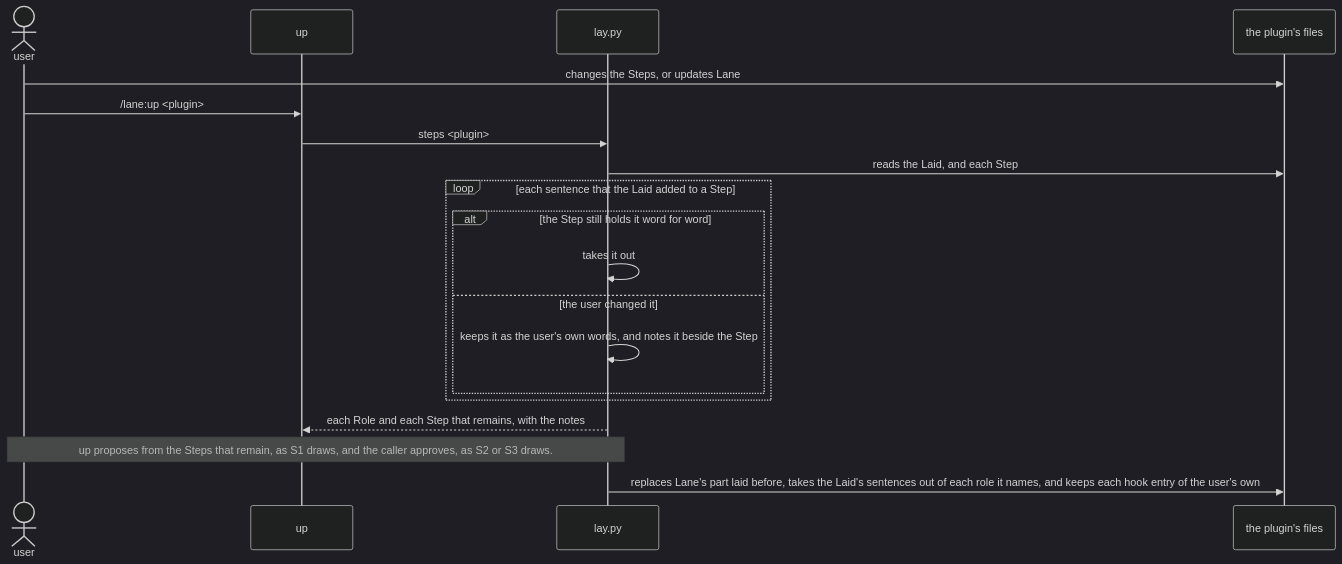
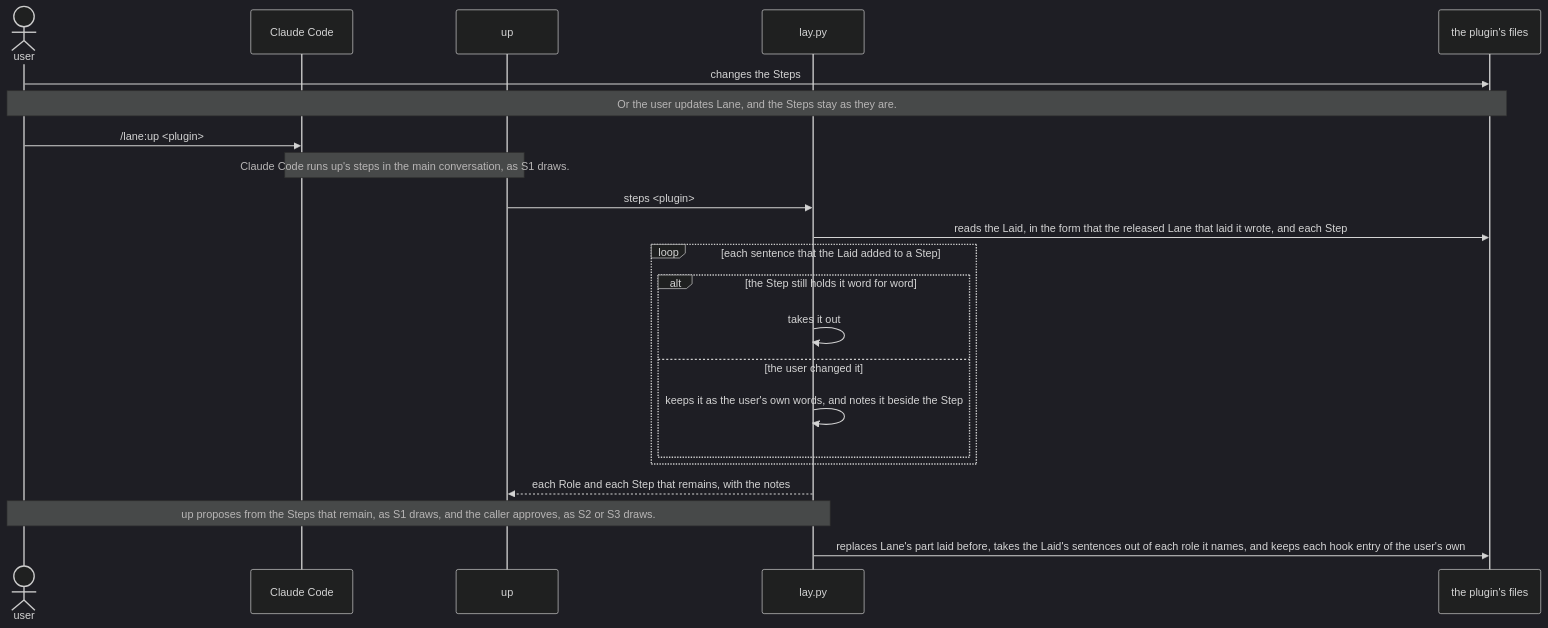
One commit to lovaizu/ccpm changed the fourth of 7 diagrams in dev/lane/architecture.md. Above: the diagram before and after it, drawn with Mermaid (dark theme). The commit also changed other lines of this file and 6 other files, not shown here.

````diff
--- a/dev/lane/architecture.md
+++ b/dev/lane/architecture.md
@@ -557,21 +567,24 @@
 ```mermaid
 sequenceDiagram
   actor U as user
+  participant CC as Claude Code
   participant UP as up
   participant L as lay.py
   participant F as the plugin's files
-  U->>F: changes the Steps, or updates Lane
-  U->>UP: /lane:up <plugin>
+  U->>F: changes the Steps
+  Note over U,F: Or the user updates Lane, and the Steps stay as they are.
+  U->>CC: /lane:up <plugin>
+  Note over CC,UP: Claude Code runs up's steps in the main conversation, as S1 draws.
   UP->>L: steps <plugin>
-  L->>F: reads the Laid, and each Step
+  L->>F: reads the Laid, in the form that the released Lane that laid it wrote, and each Step
   loop each sentence that the Laid added to a Step
     alt the Step still holds it word for word
       L->>L: takes it out
     else the user changed it
       L->>L: keeps it as the user's own words, and notes it beside the Step
     end
   end
   L-->>UP: each Role and each Step that remains, with the notes
   Note over U,L: up proposes from the Steps that remain, as S1 draws, and the caller approves, as S2 or S3 draws.
   L->>F: replaces Lane's part laid before, takes the Laid's sentences out of each role it names, and keeps each hook entry of the user's own
 ```
````
